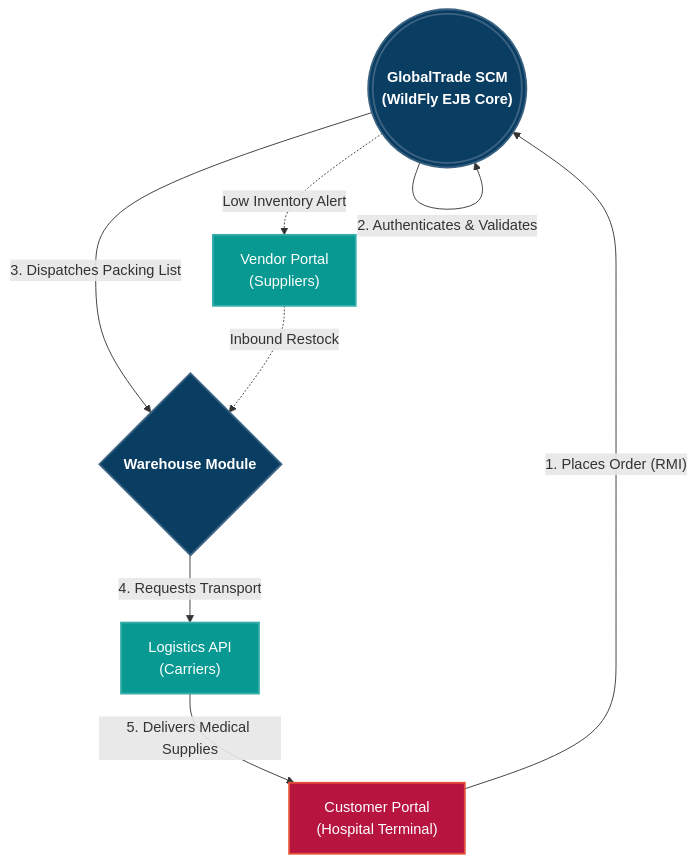
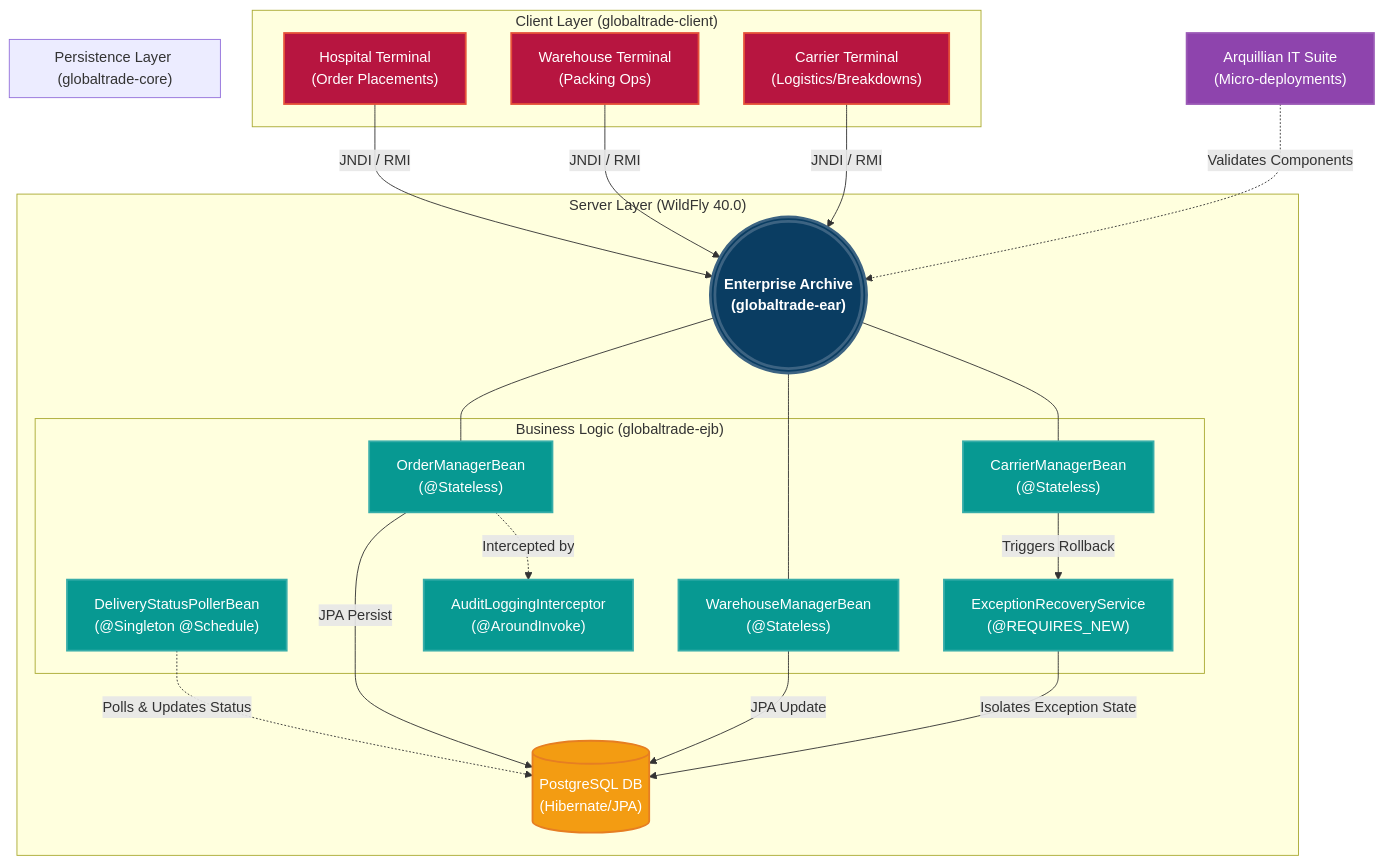
Before and after one commit to notlasandu/globaltrade-scm: the diagram in README.md, drawn with Mermaid. The commit also changed other lines of this file, not shown here.

Commit message:
docs: Refactor README with technical architecture and UI mocks

````diff
--- a/README.md
+++ b/README.md
@@ -41,25 +85,56 @@
 ```mermaid
 graph TD
     %% Styling
-    classDef core fill:#0a3d62,stroke:#3c6382,stroke-width:2px,color:white,font-weight:bold;
     classDef client fill:#b71540,stroke:#e55039,stroke-width:2px,color:white;
-    classDef partner fill:#079992,stroke:#38ada9,stroke-width:2px,color:white;
+    classDef server fill:#0a3d62,stroke:#3c6382,stroke-width:3px,color:white,font-weight:bold;
+    classDef ejb fill:#079992,stroke:#38ada9,stroke-width:2px,color:white;
+    classDef db fill:#f39c12,stroke:#e67e22,stroke-width:2px,color:white;
+    classDef test fill:#8e44ad,stroke:#9b59b6,stroke-width:2px,color:white;
 
-    %% Nodes
-    SCM((("GlobalTrade SCM<br/>(WildFly EJB Core)"))):::core
-    Warehouse{"Warehouse Module"}:::core
-    Hospital["Customer Portal<br/>(Hospital Terminal)"]:::client
-    Suppliers["Vendor Portal<br/>(Suppliers)"]:::partner
-    Carriers["Logistics API<br/>(Carriers)"]:::partner
+    %% Client Layer
+    subgraph "Client Layer (globaltrade-client)"
+        Hospital["Hospital Terminal<br/>(Order Placements)"]:::client
+        Warehouse["Warehouse Terminal<br/>(Packing Ops)"]:::client
+        Carrier["Carrier Terminal<br/>(Logistics/Breakdowns)"]:::client
+    end
 
-    %% Relationships
-    Hospital -- "1. Places Order (RMI)" --> SCM
-    SCM -- "2. Authenticates & Validates" --> SCM
-    SCM -- "3. Dispatches Packing List" --> Warehouse
-    Warehouse -- "4. Requests Transport" --> Carriers
-    Carriers -- "5. Delivers Medical Supplies" --> Hospital
-    
-    %% Restock Loop
-    SCM -. "Low Inventory Alert" .-> Suppliers
-    Suppliers -. "Inbound Restock" .-> Warehouse
+    %% JNDI/RMI Boundary
+    Hospital -- "JNDI / RMI" --> WildFly
+    Warehouse -- "JNDI / RMI" --> WildFly
+    Carrier -- "JNDI / RMI" --> WildFly
+
+    %% Server Layer
+    subgraph "Server Layer (WildFly 40.0)"
+        WildFly((("Enterprise Archive<br/>(globaltrade-ear)"))):::server
+
+        subgraph "Business Logic (globaltrade-ejb)"
+            OrderEJB["OrderManagerBean<br/>(@Stateless)"]:::ejb
+            WarehouseEJB["WarehouseManagerBean<br/>(@Stateless)"]:::ejb
+            CarrierEJB["CarrierManagerBean<br/>(@Stateless)"]:::ejb
+            
+            Timer["DeliveryStatusPollerBean<br/>(@Singleton @Schedule)"]:::ejb
+            Interceptor["AuditLoggingInterceptor<br/>(@AroundInvoke)"]:::ejb
+            Recovery["ExceptionRecoveryService<br/>(@REQUIRES_NEW)"]:::ejb
+        end
+        
+        WildFly --- OrderEJB
+        WildFly --- WarehouseEJB
+        WildFly --- CarrierEJB
+
+        OrderEJB -. "Intercepted by" .-> Interceptor
+        CarrierEJB -- "Triggers Rollback" --> Recovery
+        Timer -. "Polls & Updates Status" .-> DbNode
+    end
+
+    %% Database Layer
+    subgraph "Persistence Layer (globaltrade-core)"
+        DbNode[("PostgreSQL DB<br/>(Hibernate/JPA)")]:::db
+    end
+
+    OrderEJB -- "JPA Persist" --> DbNode
+    WarehouseEJB -- "JPA Update" --> DbNode
+    Recovery -- "Isolates Exception State" --> DbNode
+
+    %% Testing
+    Arquillian["Arquillian IT Suite<br/>(Micro-deployments)"]:::test -. "Validates Components" .-> WildFly
 ```
````
